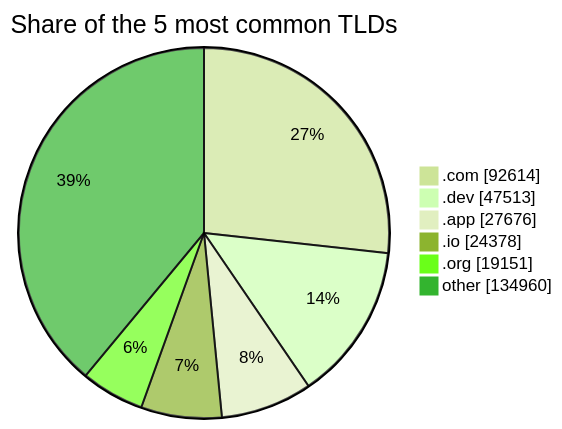
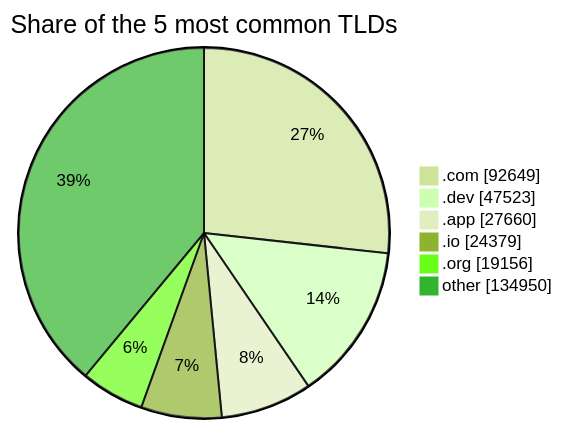
The third of 3 diagrams in README.md (DNSBunker/CTI), drawn with Mermaid (forest theme) before and after one commit. The commit also changed other lines of this file and 3 other files, not shown here.

````diff
--- a/README.md
+++ b/README.md
@@ -81,9 +81,9 @@
 ```mermaid
 pie showData title Share of the 5 most common TLDs
-    ".com" : 92614
-    ".dev" : 47513
-    ".app" : 27676
-    ".io" : 24378
-    ".org" : 19151
-    "other" : 134960
+    ".com" : 92649
+    ".dev" : 47523
+    ".app" : 27660
+    ".io" : 24379
+    ".org" : 19156
+    "other" : 134950
 ```
````
